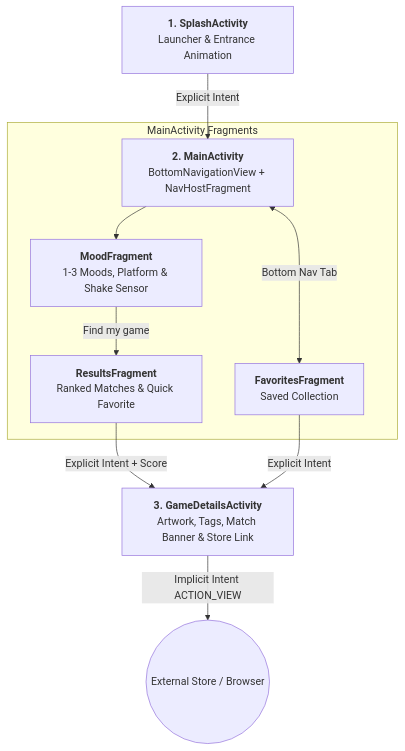
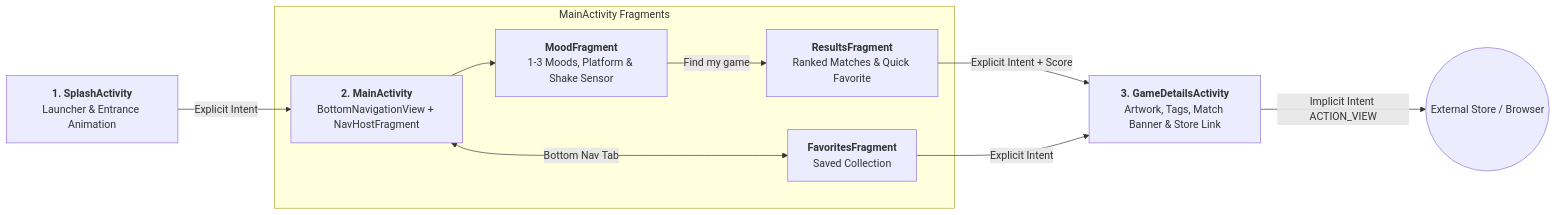
Before and after one commit to kuki-del/GameMatch: the first of 2 diagrams in README.md, drawn with Mermaid. The commit also changed other lines of this file, not shown here.

````diff
--- a/README.md
+++ b/README.md
@@ -18,14 +18,14 @@
 ```mermaid
-flowchart TD
+flowchart LR
     A[<b>1. SplashActivity</b><br/>Launcher & Entrance Animation] -->|Explicit Intent| B[<b>2. MainActivity</b><br/>BottomNavigationView + NavHostFragment]
     
     subgraph MainActivity Fragments
         B --> C[<b>MoodFragment</b><br/>1-3 Moods, Platform & Shake Sensor]
         C -->|Find my game| D[<b>ResultsFragment</b><br/>Ranked Matches & Quick Favorite]
         B <-->|Bottom Nav Tab| E[<b>FavoritesFragment</b><br/>Saved Collection]
     end
 
     D -->|Explicit Intent + Score| F[<b>3. GameDetailsActivity</b><br/>Artwork, Tags, Match Banner & Store Link]
     E -->|Explicit Intent| F
     F -->|Implicit Intent ACTION_VIEW| G((External Store / Browser))
 ```
````
